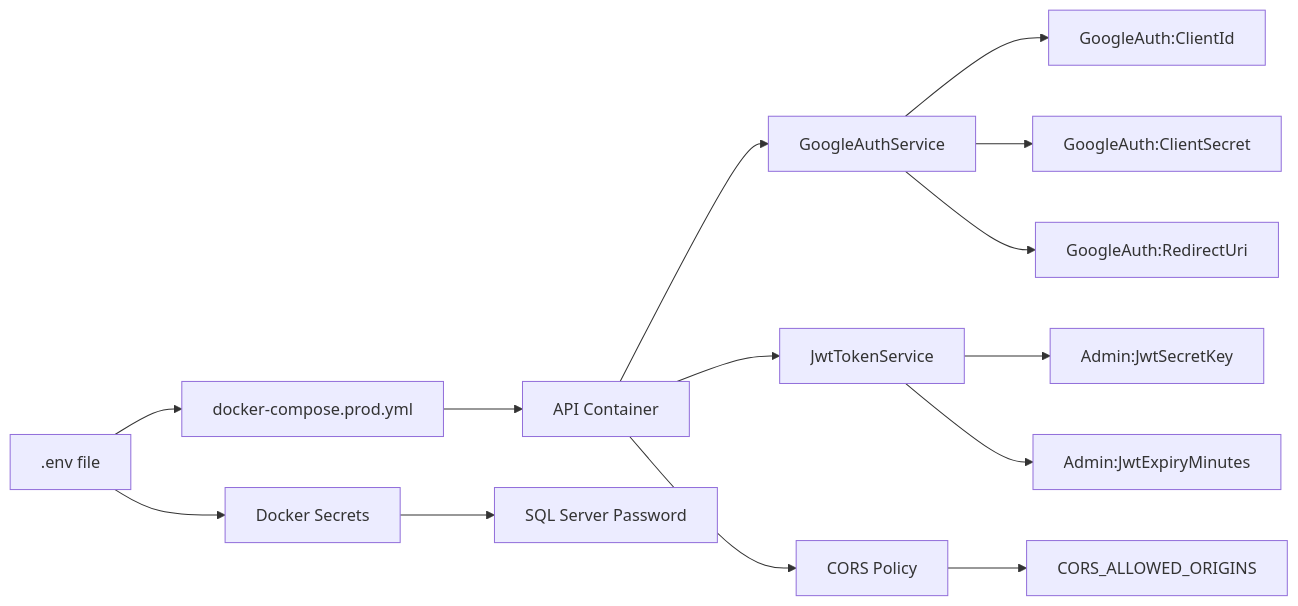
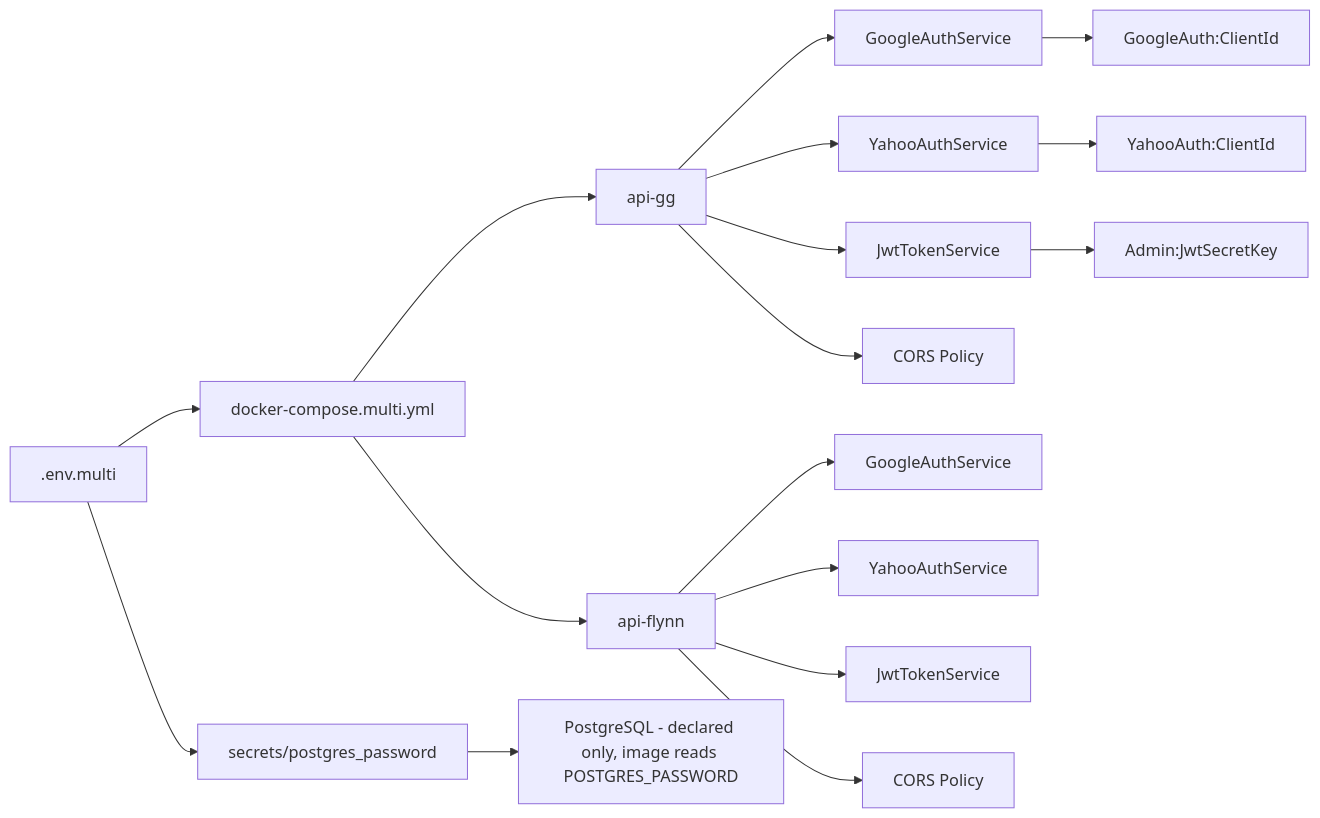
One commit to JFlynn426/Painting_Website_Docker_NextJS changed the diagram in plans/production-env-setup.md. Above: the diagram before and after it, drawn with Mermaid. The commit also changed other lines of this file and 15 other files, not shown here.

````diff
--- a/plans/production-env-setup.md
+++ b/plans/production-env-setup.md
@@ -200,20 +261,23 @@
 ```mermaid
 graph LR
-    ENV[.env file] --> DC[docker-compose.prod.yml]
-    DC --> API[API Container]
-    API --> GA[GoogleAuthService]
-    API --> JWT[JwtTokenService]
-    API --> CORS[CORS Policy]
+    ENV[.env.multi] --> DC[docker-compose.multi.yml]
+    DC --> APIGG[api-gg]
+    DC --> APIFLY[api-flynn]
 
-    GA --> GC[GoogleAuth:ClientId]
-    GA --> GS[GoogleAuth:ClientSecret]
-    GA --> GR[GoogleAuth:RedirectUri]
+    APIGG --> GA1[GoogleAuthService]
+    APIGG --> YA1[YahooAuthService]
+    APIGG --> JWT1[JwtTokenService]
+    APIGG --> CORS1[CORS Policy]
 
-    JWT --> JS[Admin:JwtSecretKey]
-    JWT --> JE[Admin:JwtExpiryMinutes]
+    APIFLY --> GA2[GoogleAuthService]
+    APIFLY --> YA2[YahooAuthService]
+    APIFLY --> JWT2[JwtTokenService]
+    APIFLY --> CORS2[CORS Policy]
 
-    CORS --> CO[CORS_ALLOWED_ORIGINS]
+    GA1 --> GC[GoogleAuth:ClientId]
+    YA1 --> YC[YahooAuth:ClientId]
+    JWT1 --> JS[Admin:JwtSecretKey]
 
-    ENV --> SECRETS[Docker Secrets]
-    SECRETS --> SQL[SQL Server Password]
+    ENV --> SECRETS[secrets/postgres_password]
+    SECRETS --> PG[PostgreSQL - declared only, image reads POSTGRES_PASSWORD]
 ```
````
